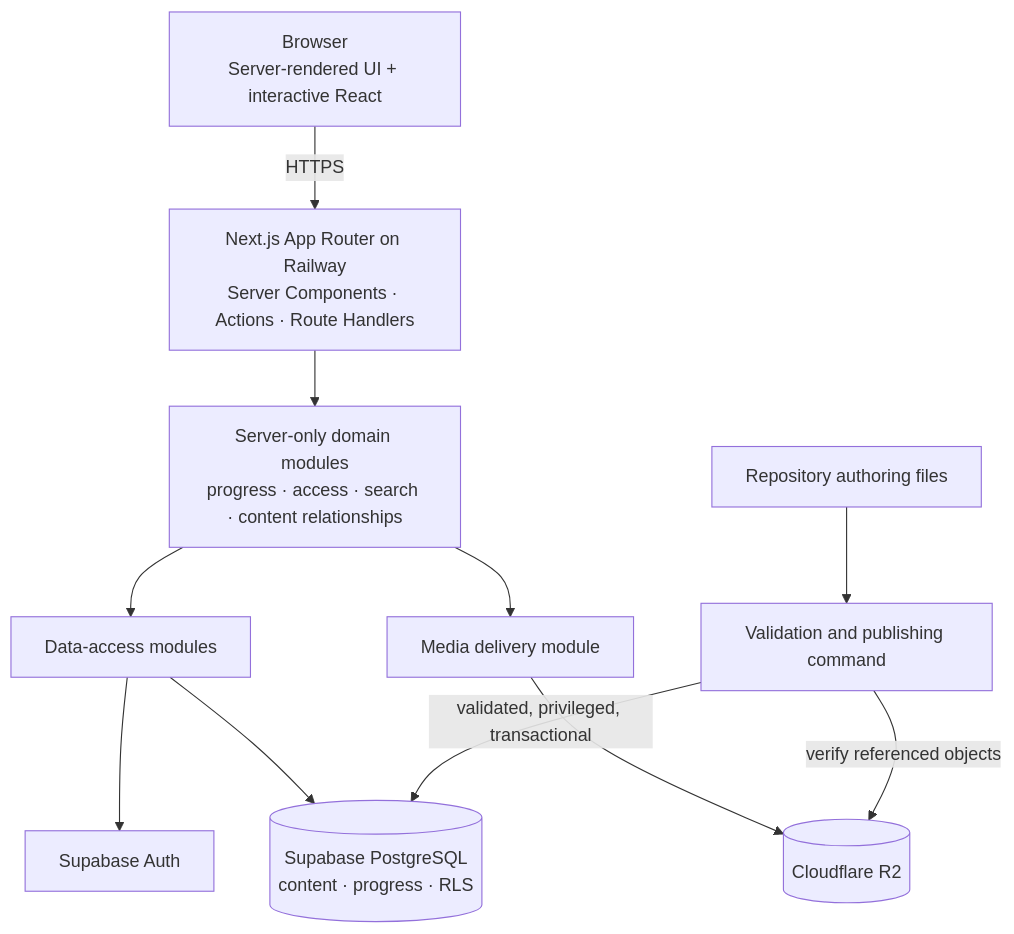
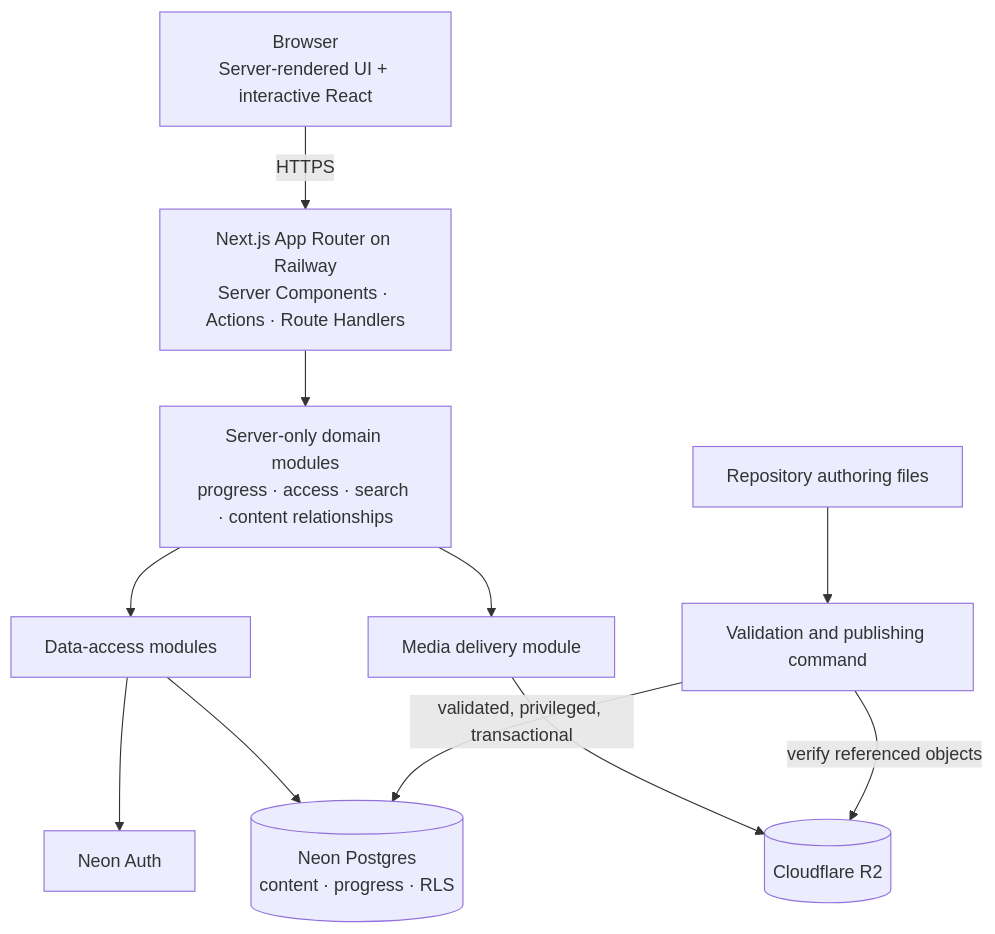
Before and after one commit to OzAvrahami/cockpitpath: the diagram in docs/architecture/dependency-map.md, drawn with Mermaid. The commit also changed other lines of this file and 13 other files, not shown here.

Commit message:
docs: migrate platform architecture to Neon

````diff
--- a/docs/architecture/dependency-map.md
+++ b/docs/architecture/dependency-map.md
@@ -8,24 +8,24 @@
 ```mermaid
 flowchart TB
     Browser["Browser<br/>Server-rendered UI + interactive React"]
     Web["Next.js App Router on Railway<br/>Server Components · Actions · Route Handlers"]
     Domain["Server-only domain modules<br/>progress · access · search · content relationships"]
     Data[Data-access modules]
-    Auth[Supabase Auth]
-    DB[("Supabase PostgreSQL<br/>content · progress · RLS")]
+    Auth[Neon Auth]
+    DB[("Neon Postgres<br/>content · progress · RLS")]
     Media[Media delivery module]
     R2[(Cloudflare R2)]
     Author[Repository authoring files]
     Publish[Validation and publishing command]
 
     Browser -->|HTTPS| Web
     Web --> Domain
     Domain --> Data
     Data --> Auth
     Data --> DB
     Domain --> Media
     Media --> R2
     Author --> Publish
     Publish -->|validated, privileged, transactional| DB
     Publish -->|verify referenced objects| R2
 ```
````
